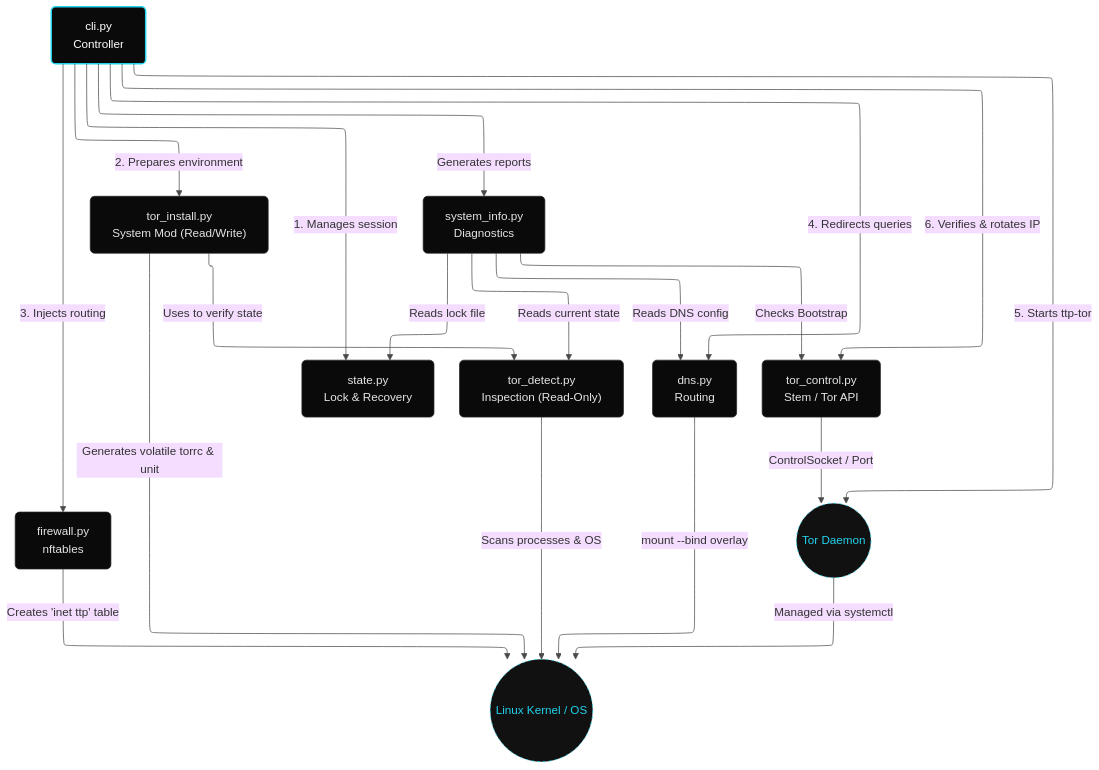
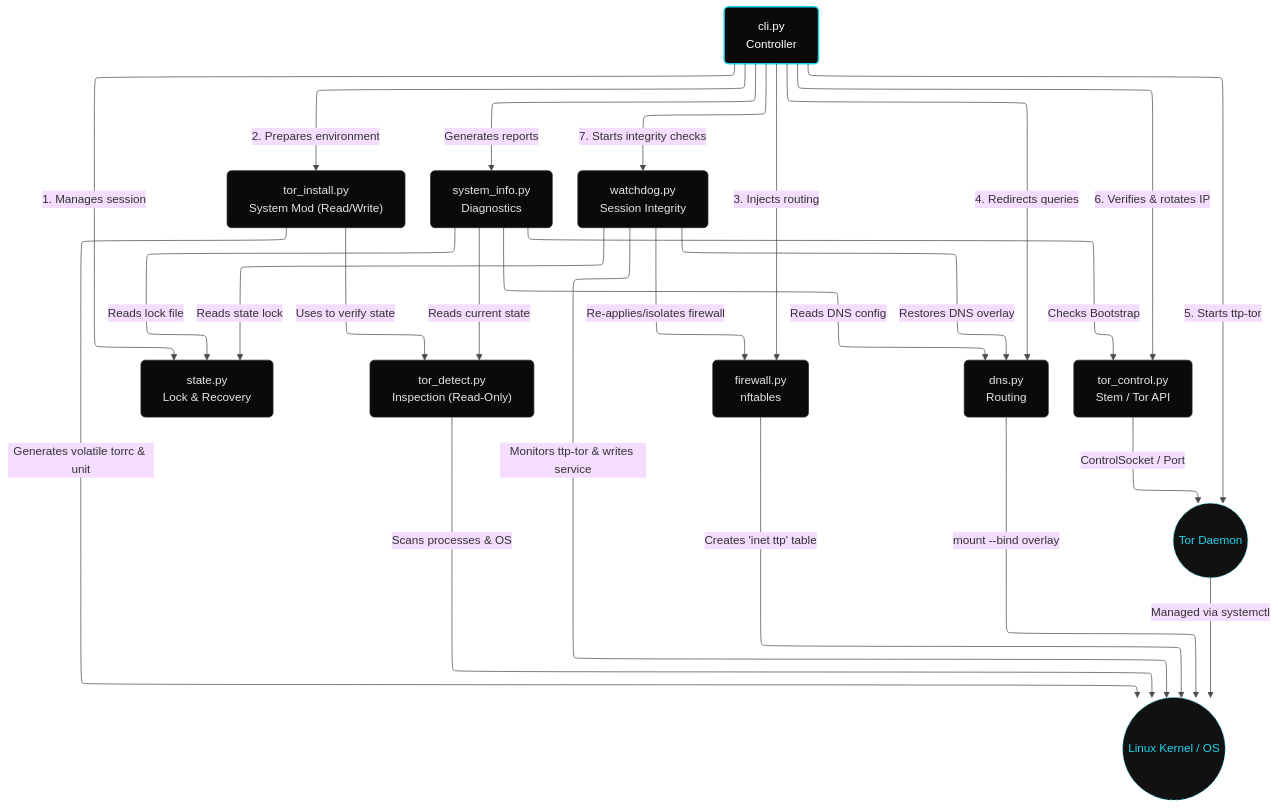
The diagram in docs/architecture.md (onyks-os/TransparentTorProxy), drawn with Mermaid before and after one commit. The commit also changed other lines of this file and 22 other files, not shown here.

````diff
--- a/docs/architecture.md
+++ b/docs/architecture.md
@@ -163,54 +184,60 @@
 ```mermaid
 %%{init: {
   "flowchart": {"defaultRenderer": "elk"},
   "theme": "base",
   "themeVariables": {
     "fontFamily": "JetBrains Mono, monospace",
     "background": "transparent",
     "lineColor": "#4a4a4a",
     "textColor": "#9ca3af"
   }
 }}%%
 graph TD
     classDef orchestrator fill:#0a0a0a,stroke:#22d3ee,stroke-width:2px,color:#fff,rx:6px,ry:6px
     classDef module fill:#0a0a0a,stroke:#262626,stroke-width:1px,color:#e5e5e5,rx:6px,ry:6px
     classDef system fill:#111111,stroke:#22d3ee,stroke-width:1px,stroke-dasharray: 4 4,color:#22d3ee,rx:6px,ry:6px
 
     %% Nodes
     CLI["cli.py<br/>Controller"]:::orchestrator
     
     STATE["state.py<br/>Lock & Recovery"]:::module
     DETECT["tor_detect.py<br/>Inspection (Read-Only)"]:::module
     INSTALL["tor_install.py<br/>System Mod (Read/Write)"]:::module
     FIREWALL["firewall.py<br/>nftables"]:::module
     DNS["dns.py<br/>Routing"]:::module
     CONTROL["tor_control.py<br/>Stem / Tor API"]:::module
     SYSINFO["system_info.py<br/>Diagnostics"]:::module
+    WATCHDOG["watchdog.py<br/>Session Integrity"]:::module
 
     TOR(("Tor Daemon")):::system
     KERNEL(("Linux Kernel / OS")):::system
 
     %% Orchestrator Flow
     CLI -->|1. Manages session| STATE
     CLI -->|2. Prepares environment| INSTALL
     CLI -->|3. Injects routing| FIREWALL
     CLI -->|4. Redirects queries| DNS
     CLI -->|5. Starts ttp-tor| TOR
     CLI -->|6. Verifies & rotates IP| CONTROL
+    CLI -->|7. Starts integrity checks| WATCHDOG
     CLI -->|Generates reports| SYSINFO
 
     %% Inter-module Dependencies
     INSTALL -->|Uses to verify state| DETECT
     SYSINFO -->|Reads current state| DETECT
     SYSINFO -->|Reads lock file| STATE
     SYSINFO -->|Reads DNS config| DNS
     SYSINFO -->|Checks Bootstrap| CONTROL
+    WATCHDOG -->|Reads state lock| STATE
+    WATCHDOG -->|Restores DNS overlay| DNS
+    WATCHDOG -->|Re-applies/isolates firewall| FIREWALL
 
     %% System Interactions
     INSTALL -->|Generates volatile torrc & unit| KERNEL
     FIREWALL -->|Creates 'inet ttp' table| KERNEL
     DNS -->|mount --bind overlay| KERNEL
     DETECT -->|Scans processes & OS| KERNEL
     TOR -->|Managed via systemctl| KERNEL
     CONTROL -->|ControlSocket / Port| TOR
+    WATCHDOG -->|Monitors ttp-tor & writes service| KERNEL
 ```
````
